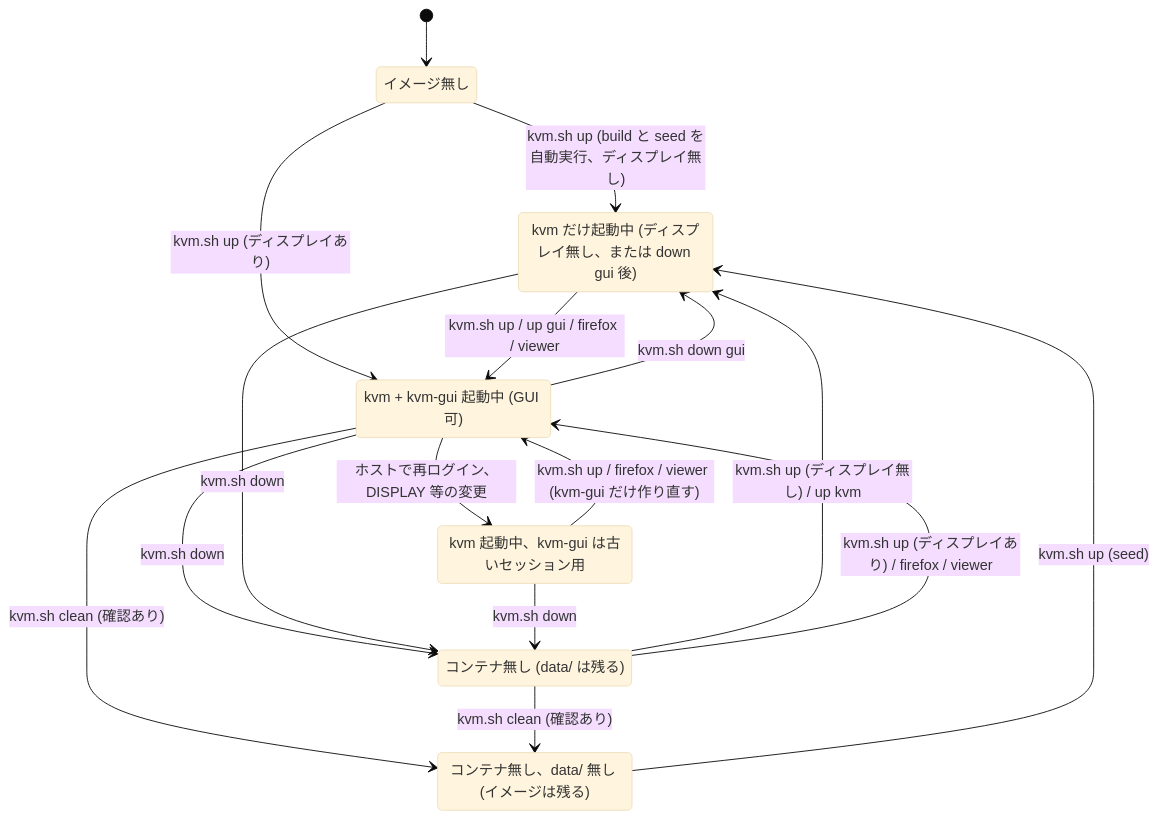
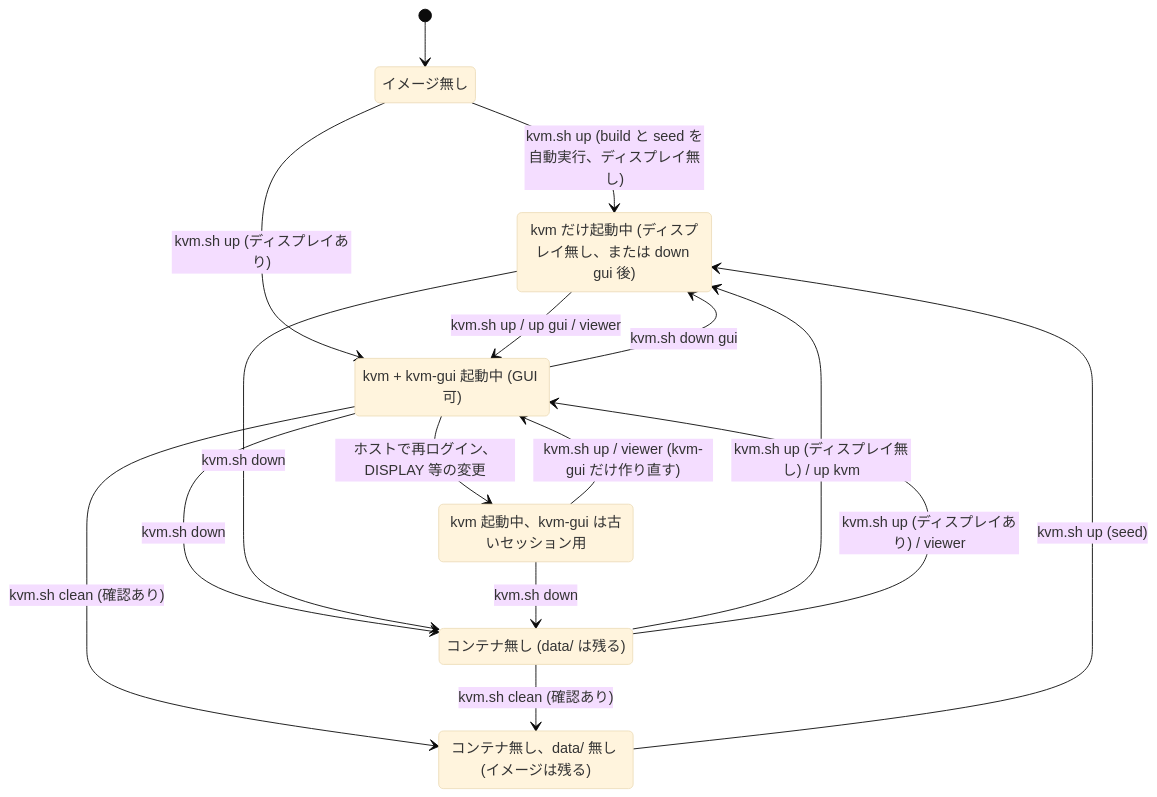
One commit to ryo-aoki-pc/kvm-container changed diagram 22 of 22 in docs/SPEC.md. Above: the diagram before and after it, drawn with Mermaid (base theme). The commit also changed other lines of this file and 11 other files, not shown here.

````diff
--- a/docs/SPEC.md
+++ b/docs/SPEC.md
@@ -1076,24 +1021,24 @@
 ```mermaid
 stateDiagram-v2
   [*] --> NoImage
   NoImage : イメージ無し
   Kvm : kvm だけ起動中 (ディスプレイ無し、または down gui 後)
   Both : kvm + kvm-gui 起動中 (GUI 可)
   Stale : kvm 起動中、kvm-gui は古いセッション用
   Down : コンテナ無し (data/ は残る)
   NoData : コンテナ無し、data/ 無し (イメージは残る)
   NoImage --> Kvm : kvm.sh up (build と seed を自動実行、ディスプレイ無し)
   NoImage --> Both : kvm.sh up (ディスプレイあり)
   NoData --> Kvm : kvm.sh up (seed)
   Down --> Kvm : kvm.sh up (ディスプレイ無し) / up kvm
-  Down --> Both : kvm.sh up (ディスプレイあり) / firefox / viewer
-  Kvm --> Both : kvm.sh up / up gui / firefox / viewer
+  Down --> Both : kvm.sh up (ディスプレイあり) / viewer
+  Kvm --> Both : kvm.sh up / up gui / viewer
   Both --> Kvm : kvm.sh down gui
   Both --> Stale : ホストで再ログイン、DISPLAY 等の変更
-  Stale --> Both : kvm.sh up / firefox / viewer (kvm-gui だけ作り直す)
+  Stale --> Both : kvm.sh up / viewer (kvm-gui だけ作り直す)
   Both --> Down : kvm.sh down
   Kvm --> Down : kvm.sh down
   Stale --> Down : kvm.sh down
   Both --> NoData : kvm.sh clean (確認あり)
   Down --> NoData : kvm.sh clean (確認あり)
 ```
````
